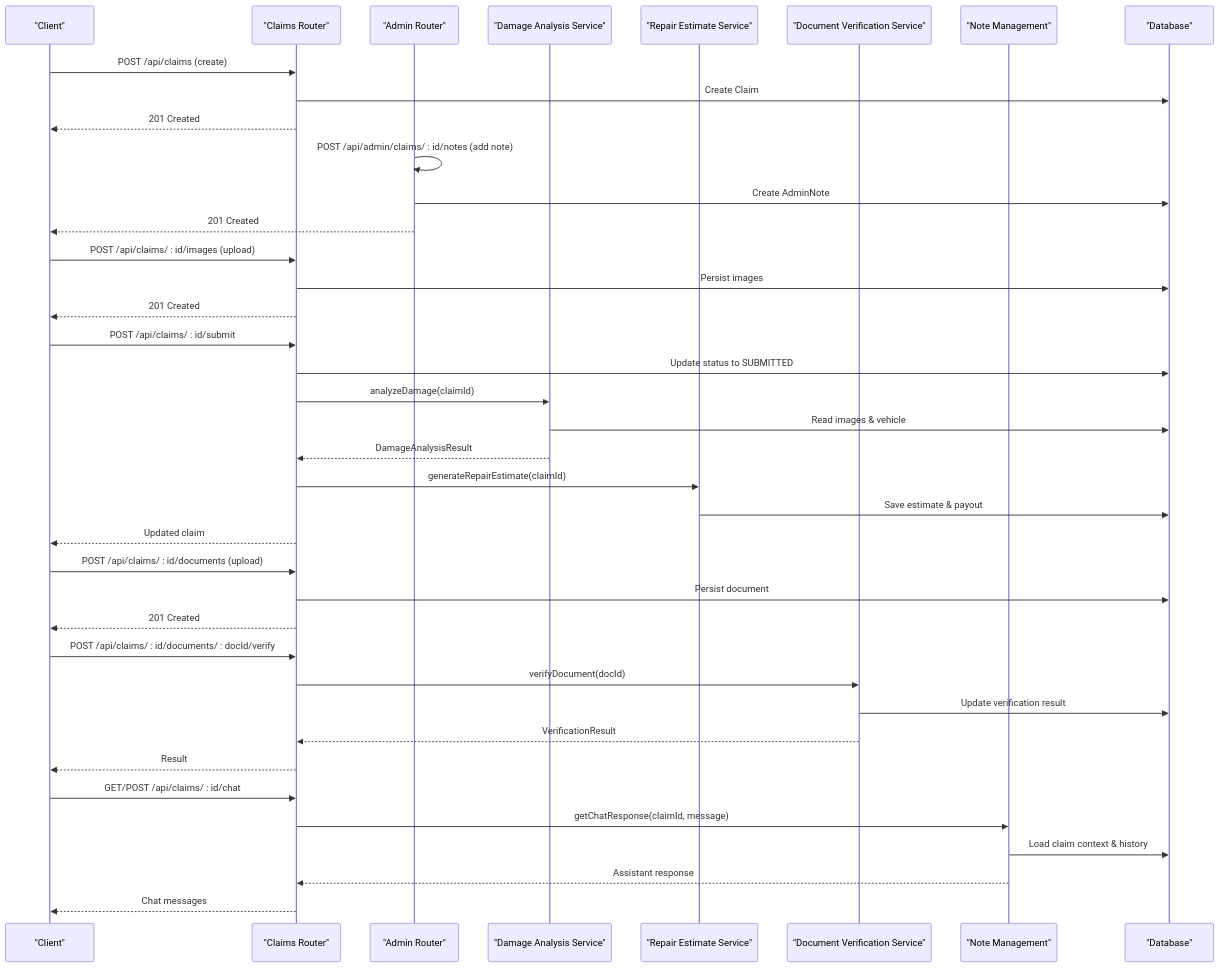
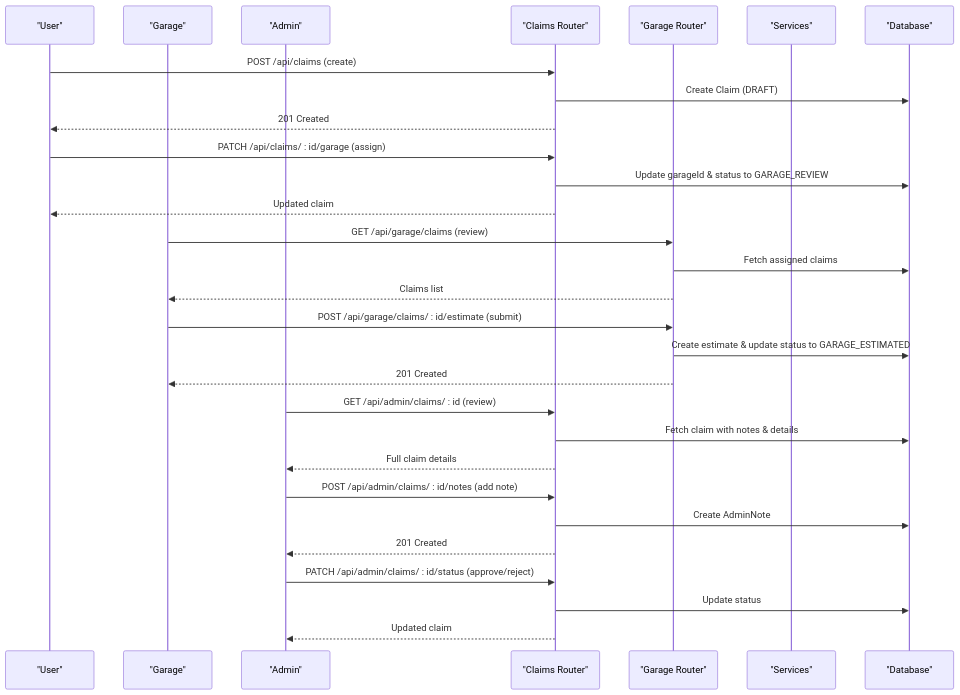
Before and after one commit to NaveenHiranya/Smart-Vehicle-Insurance-Claim-System: the second of 8 diagrams in .qoder/repowiki/en/content/Backend Documentation/API Endpoints Reference/Claims Processing Endpoints.md, drawn with Mermaid. The commit also changed other lines of this file and 33 other files, not shown here.

Commit message:
feat: vehicle window, quick access for admin dashboard

````diff
--- a/.qoder/repowiki/en/content/Backend Documentation/API Endpoints Reference/Claims Processing Endpoints.md
+++ b/.qoder/repowiki/en/content/Backend Documentation/API Endpoints Reference/Claims Processing Endpoints.md
@@ -93,41 +100,31 @@
 ```mermaid
 sequenceDiagram
-participant C as "Client"
+participant U as "User"
+participant G as "Garage"
+participant A as "Admin"
 participant R as "Claims Router"
-participant A as "Admin Router"
-participant S as "Damage Analysis Service"
-participant E as "Repair Estimate Service"
-participant V as "Document Verification Service"
-participant N as "Note Management"
+participant GR as "Garage Router"
+participant S as "Services"
 participant DB as "Database"
-C->>R : POST /api/claims (create)
-R->>DB : Create Claim
-R-->>C : 201 Created
-A->>A : POST /api/admin/claims/ : id/notes (add note)
-A->>DB : Create AdminNote
-A-->>C : 201 Created
-C->>R : POST /api/claims/ : id/images (upload)
-R->>DB : Persist images
-R-->>C : 201 Created
-C->>R : POST /api/claims/ : id/submit
-R->>DB : Update status to SUBMITTED
-R->>S : analyzeDamage(claimId)
-S->>DB : Read images & vehicle
-S-->>R : DamageAnalysisResult
-R->>E : generateRepairEstimate(claimId)
-E->>DB : Save estimate & payout
-R-->>C : Updated claim
-C->>R : POST /api/claims/ : id/documents (upload)
-R->>DB : Persist document
-R-->>C : 201 Created
-C->>R : POST /api/claims/ : id/documents/ : docId/verify
-R->>V : verifyDocument(docId)
-V->>DB : Update verification result
-V-->>R : VerificationResult
-R-->>C : Result
-C->>R : GET/POST /api/claims/ : id/chat
-R->>N : getChatResponse(claimId, message)
-N->>DB : Load claim context & history
-N-->>R : Assistant response
-R-->>C : Chat messages
+U->>R : POST /api/claims (create)
+R->>DB : Create Claim (DRAFT)
+R-->>U : 201 Created
+U->>R : PATCH /api/claims/ : id/garage (assign)
+R->>DB : Update garageId & status to GARAGE_REVIEW
+R-->>U : Updated claim
+G->>GR : GET /api/garage/claims (review)
+GR->>DB : Fetch assigned claims
+GR-->>G : Claims list
+G->>GR : POST /api/garage/claims/ : id/estimate (submit)
+GR->>DB : Create estimate & update status to GARAGE_ESTIMATED
+GR-->>G : 201 Created
+A->>R : GET /api/admin/claims/ : id (review)
+R->>DB : Fetch claim with notes & details
+R-->>A : Full claim details
+A->>R : POST /api/admin/claims/ : id/notes (add note)
+R->>DB : Create AdminNote
+R-->>A : 201 Created
+A->>R : PATCH /api/admin/claims/ : id/status (approve/reject)
+R->>DB : Update status
+R-->>A : Updated claim
 ```
````
